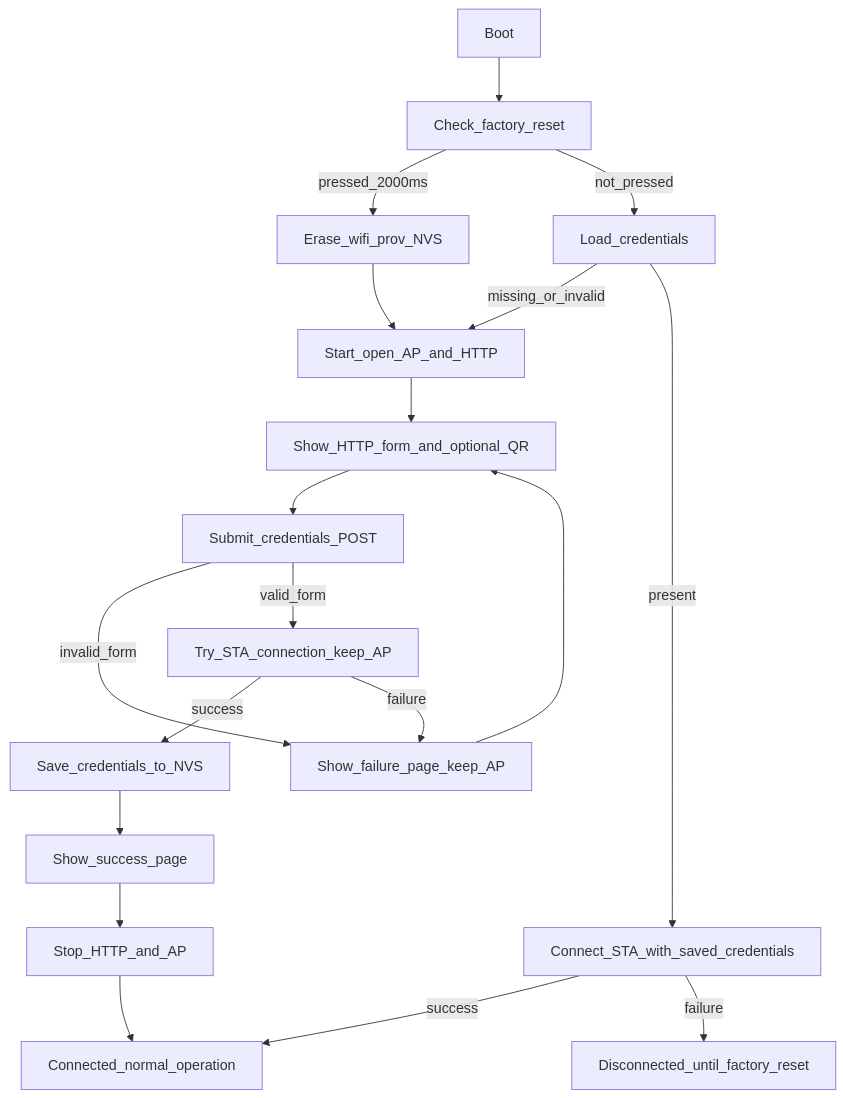
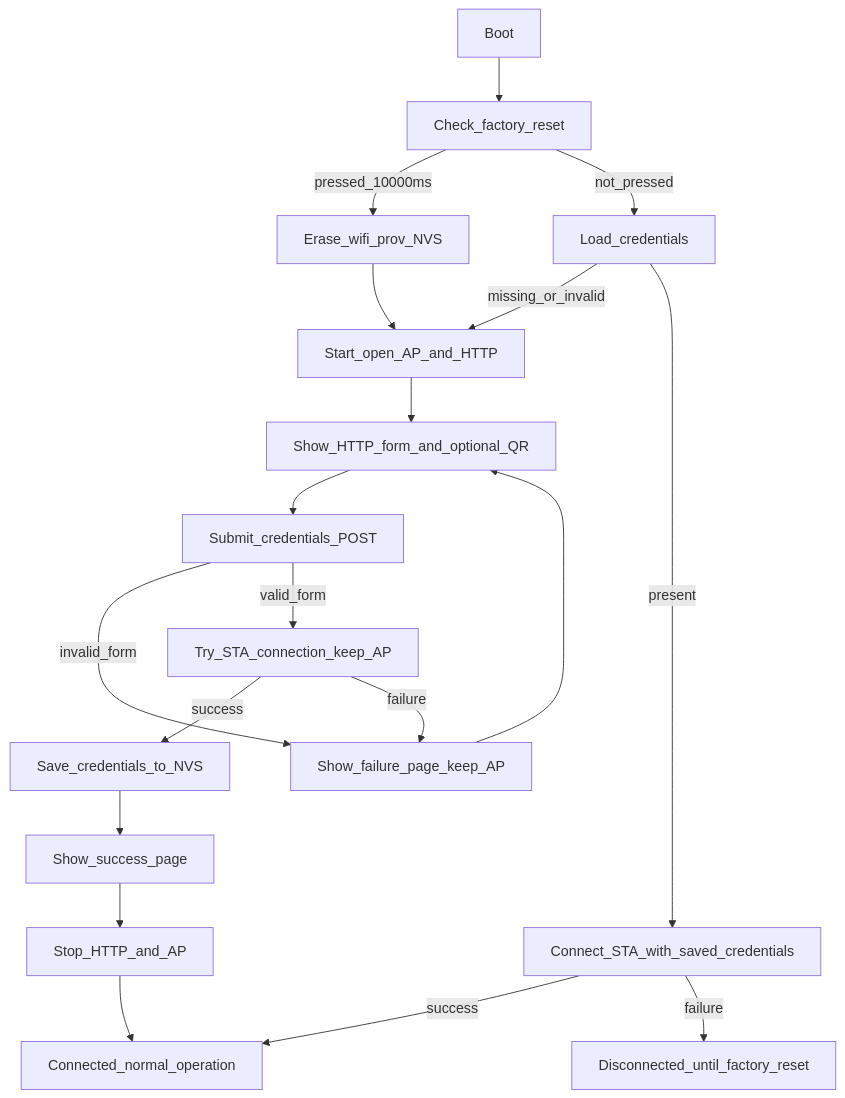
The second of 3 diagrams in b-hil-boards/b06_hil/firmware/docs/wifi_provisioning_architecture.md (galopago/misistemhil), drawn with Mermaid before and after one commit. The commit also changed other lines of this file and 17 other files, not shown here.

````diff
--- a/b-hil-boards/b06_hil/firmware/docs/wifi_provisioning_architecture.md
+++ b/b-hil-boards/b06_hil/firmware/docs/wifi_provisioning_architecture.md
@@ -368,21 +377,21 @@
 ```mermaid
 flowchart TD
     Boot[Boot] --> ResetCheck[Check_factory_reset]
-    ResetCheck -->|pressed_2000ms| ClearCredentials[Erase_wifi_prov_NVS]
+    ResetCheck -->|pressed_10000ms| ClearCredentials[Erase_wifi_prov_NVS]
     ResetCheck -->|not_pressed| LoadCredentials[Load_credentials]
     ClearCredentials --> StartProvisioning[Start_open_AP_and_HTTP]
     LoadCredentials -->|missing_or_invalid| StartProvisioning
     LoadCredentials -->|present| ConnectSaved[Connect_STA_with_saved_credentials]
     ConnectSaved -->|success| Connected[Connected_normal_operation]
     ConnectSaved -->|failure| DisconnectedLocked[Disconnected_until_factory_reset]
     StartProvisioning --> ShowPortal[Show_HTTP_form_and_optional_QR]
     ShowPortal --> SubmitCredentials[Submit_credentials_POST]
     SubmitCredentials -->|invalid_form| ShowFailure[Show_failure_page_keep_AP]
     SubmitCredentials -->|valid_form| TrySubmitted[Try_STA_connection_keep_AP]
     TrySubmitted -->|success| SaveCredentials[Save_credentials_to_NVS]
     SaveCredentials --> ShowSuccess[Show_success_page]
     ShowSuccess --> StopProvisioning[Stop_HTTP_and_AP]
     StopProvisioning --> Connected
     TrySubmitted -->|failure| ShowFailure
     ShowFailure --> ShowPortal
 ```
````
